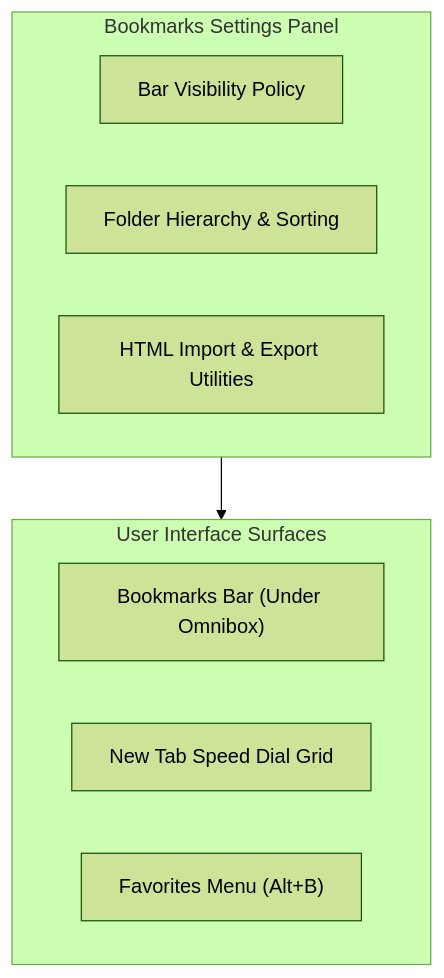
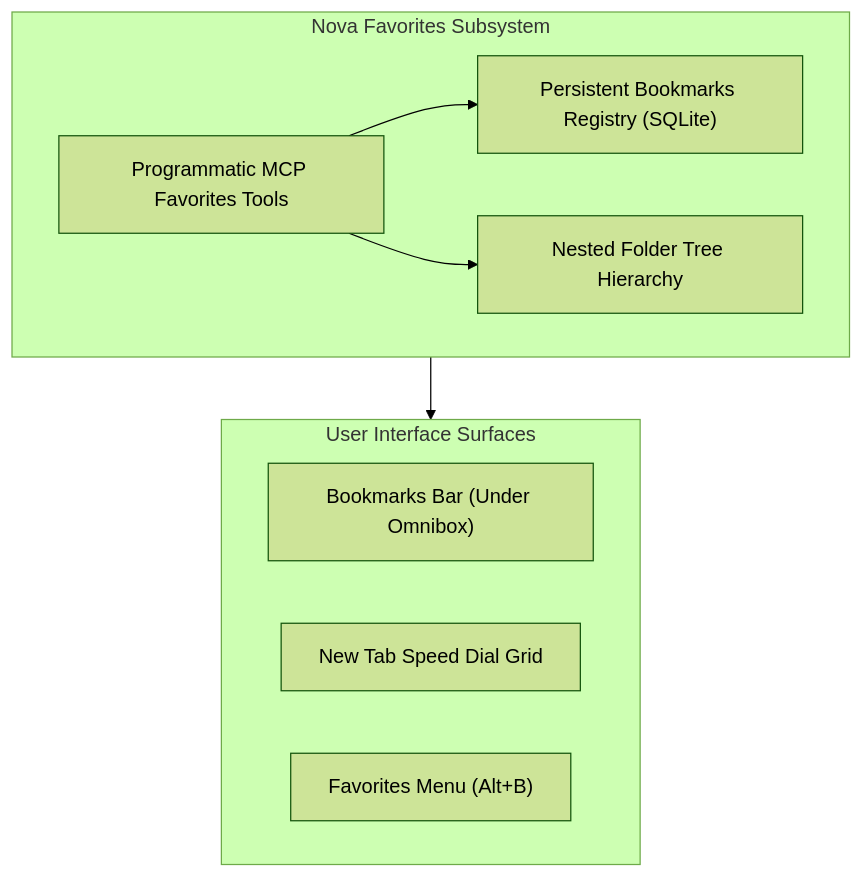
The diagram in docs/user-guide/settings/bookmarks.md (joelaniol/nova), drawn with Mermaid (forest theme) before and after one commit. The commit also changed other lines of this file and 3 other files, not shown here.

````diff
--- a/docs/user-guide/settings/bookmarks.md
+++ b/docs/user-guide/settings/bookmarks.md
@@ -12,16 +12,18 @@
 ```mermaid
 flowchart TD
     subgraph UI ["User Interface Surfaces"]
         Bar["Bookmarks Bar (Under Omnibox)"]
         SpeedDial["New Tab Speed Dial Grid"]
         Menu["Favorites Menu (Alt+B)"]
     end
 
-    subgraph BookmarksSettings ["Bookmarks Settings Panel"]
-        Visibility["Bar Visibility Policy"]
-        Organizer["Folder Hierarchy & Sorting"]
-        ImportExport["HTML Import & Export Utilities"]
+    subgraph BookmarksEngine ["Nova Favorites Subsystem"]
+        Registry["Persistent Bookmarks Registry (SQLite)"]
+        Folders["Nested Folder Tree Hierarchy"]
+        McpTools["Programmatic MCP Favorites Tools"]
     end
 
-    BookmarksSettings --> UI
+    BookmarksEngine --> UI
+    McpTools --> Registry
+    McpTools --> Folders
 ```
````
